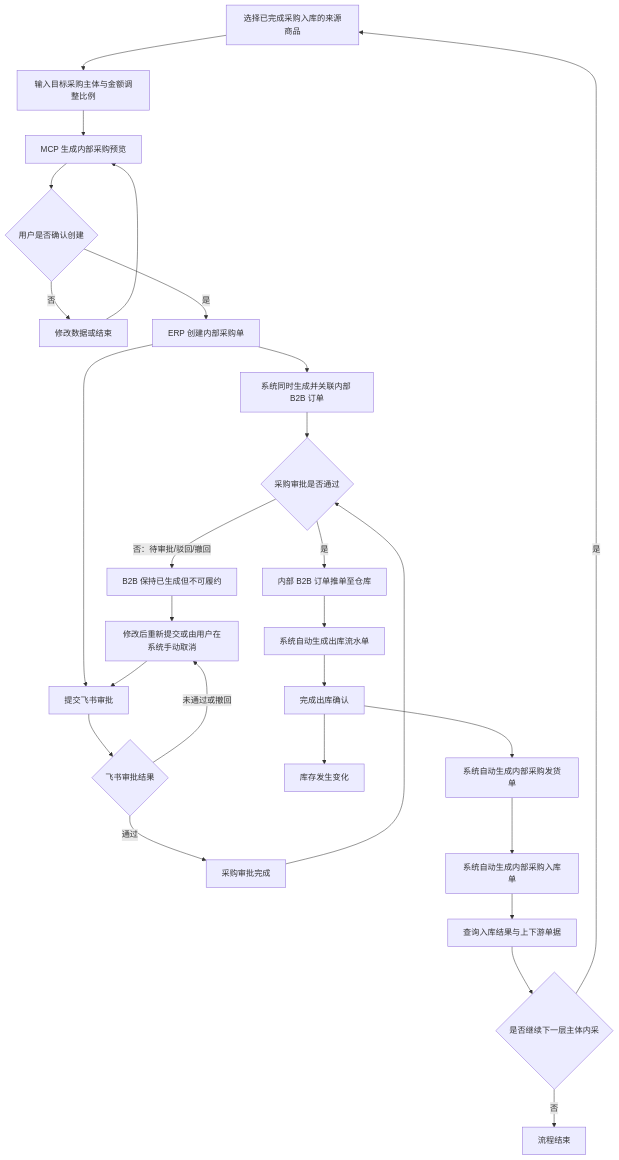
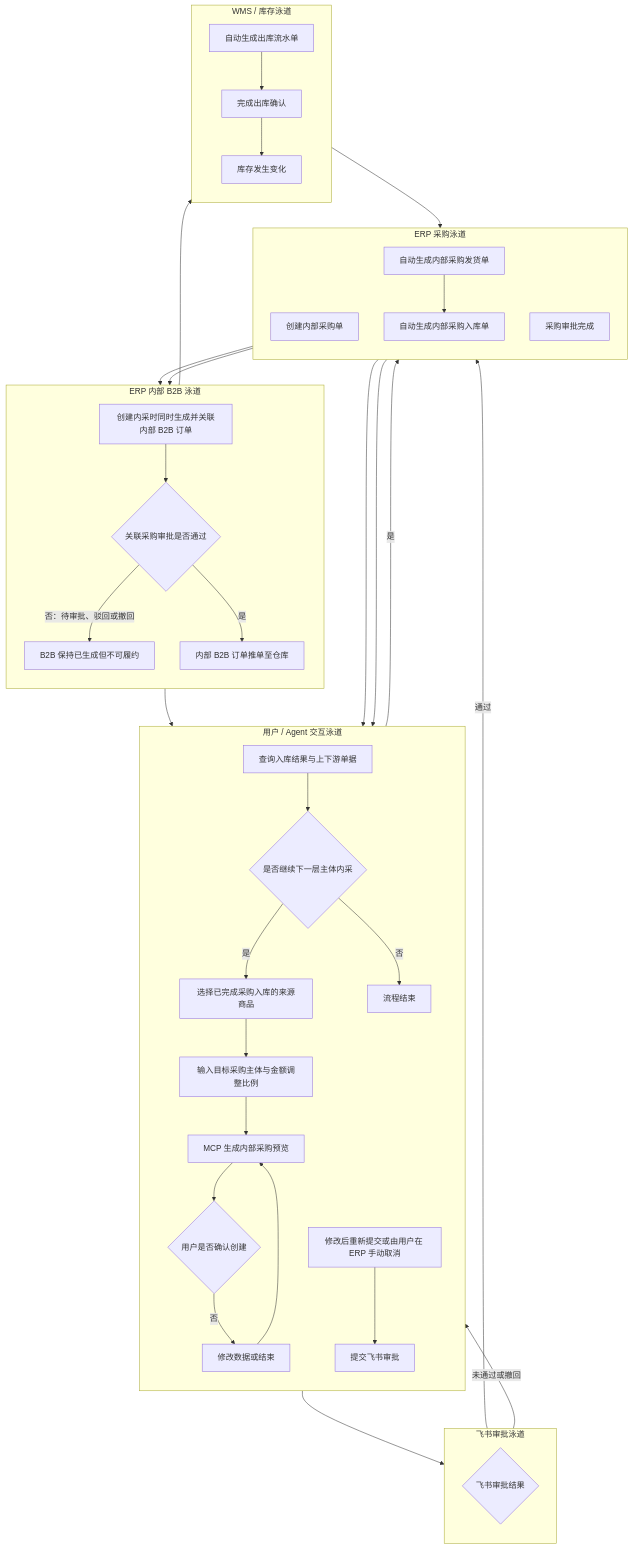
Before and after one commit to arlo-hello/erp-ai-docs-arlo: the diagram in docs/v0.28.7/tasks/0205/prd-feishu.md, drawn with Mermaid.

Commit message:
docs: ERP-205 update slice plan

````diff
--- a/docs/v0.28.7/tasks/0205/prd-feishu.md
+++ b/docs/v0.28.7/tasks/0205/prd-feishu.md
@@ -25,30 +25,60 @@
 ```mermaid
 flowchart TB
-  S0[选择已完成采购入库的来源商品]
-  S0 --> S1[输入目标采购主体与金额调整比例]
-  S1 --> S2[MCP 生成内部采购预览]
-  S2 --> S3{用户是否确认创建}
-  S3 -->|否| S4[修改数据或结束]
-  S4 --> S2
-  S3 -->|是| S5[ERP 创建内部采购单]
-  S5 --> S6[系统同时生成并关联内部 B2B 订单]
-  S5 --> S7[提交飞书审批]
-  S7 --> S8{飞书审批结果}
-  S8 -->|未通过或撤回| S9[修改后重新提交或由用户在系统手动取消]
-  S9 --> S7
-  S8 -->|通过| S10[采购审批完成]
-  S6 --> G{采购审批是否通过}
-  S10 --> G
-  G -->|否：待审批/驳回/撤回| G1[B2B 保持已生成但不可履约]
-  G1 --> S9
-  G -->|是| S11[内部 B2B 订单推单至仓库]
-  S11 --> S12[系统自动生成出库流水单]
-  S12 --> S13[完成出库确认]
-  S13 --> S14[库存发生变化]
-  S13 --> S15[系统自动生成内部采购发货单]
-  S15 --> S16[系统自动生成内部采购入库单]
-  S16 --> S17[查询入库结果与上下游单据]
-  S17 --> S18{是否继续下一层主体内采}
-  S18 -->|是| S0
-  S18 -->|否| S19[流程结束]
+  subgraph UA[用户 / Agent 交互泳道]
+    direction TB
+    U0[选择已完成采购入库的来源商品]
+    U1[输入目标采购主体与金额调整比例]
+    U2[MCP 生成内部采购预览]
+    U3{用户是否确认创建}
+    U4[修改数据或结束]
+    U5[提交飞书审批]
+    U6[修改后重新提交或由用户在 ERP 手动取消]
+    U7[查询入库结果与上下游单据]
+    U8{是否继续下一层主体内采}
+    U9[流程结束]
+  end
+
+  subgraph PO[ERP 采购泳道]
+    direction TB
+    P0[创建内部采购单]
+    P1[采购审批完成]
+    P2[自动生成内部采购发货单]
+    P3[自动生成内部采购入库单]
+  end
+
+  subgraph AP[飞书审批泳道]
+    direction TB
+    A0{飞书审批结果}
+  end
+
+  subgraph B2B[ERP 内部 B2B 泳道]
+    direction TB
+    B0[创建内采时同时生成并关联内部 B2B 订单]
+    B1{关联采购审批是否通过}
+    B2[B2B 保持已生成但不可履约]
+    B3[内部 B2B 订单推单至仓库]
+  end
+
+  subgraph WMS[WMS / 库存泳道]
+    direction TB
+    W0[自动生成出库流水单]
+    W1[完成出库确认]
+    W2[库存发生变化]
+  end
+
+  U0 --> U1 --> U2 --> U3
+  U3 -->|否| U4 --> U2
+  U3 -->|是| P0
+  P0 --> B0
+  P0 --> U5 --> A0
+  A0 -->|未通过或撤回| U6 --> U5
+  A0 -->|通过| P1
+  B0 --> B1
+  P1 --> B1
+  B1 -->|否：待审批、驳回或撤回| B2 --> U6
+  B1 -->|是| B3 --> W0 --> W1
+  W1 --> W2
+  W1 --> P2 --> P3 --> U7 --> U8
+  U8 -->|是| U0
+  U8 -->|否| U9
 ```
````
